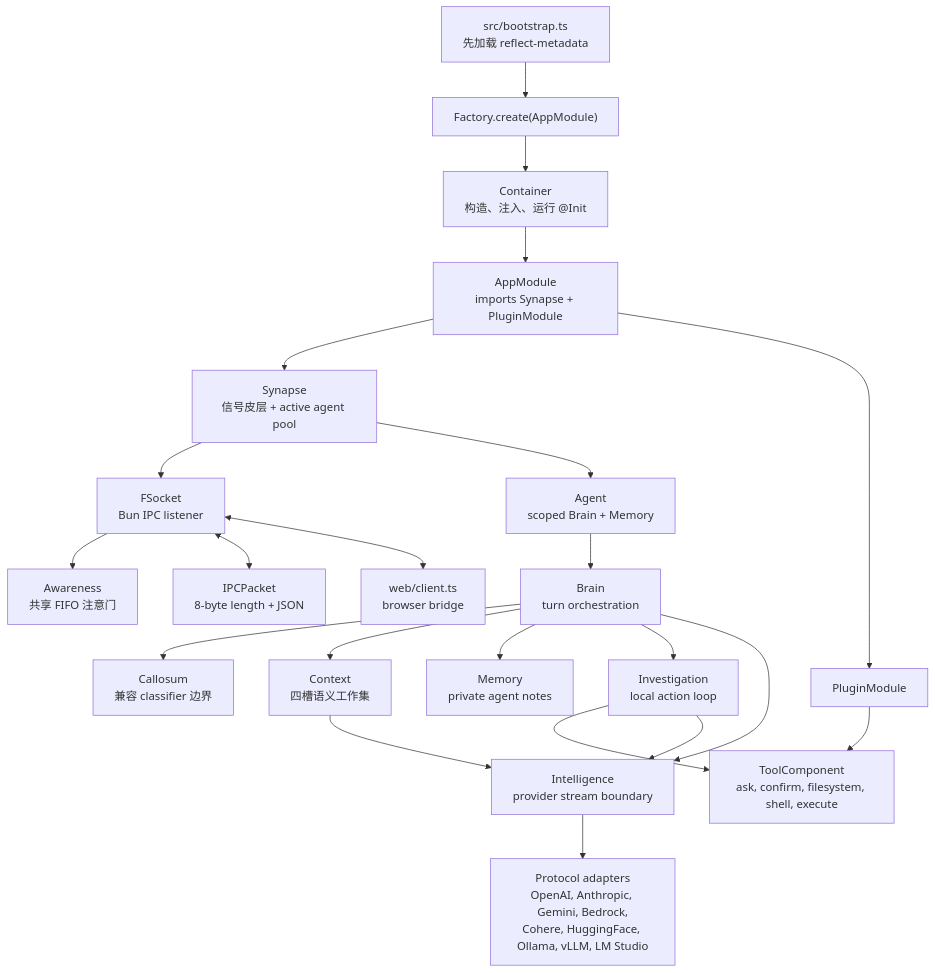
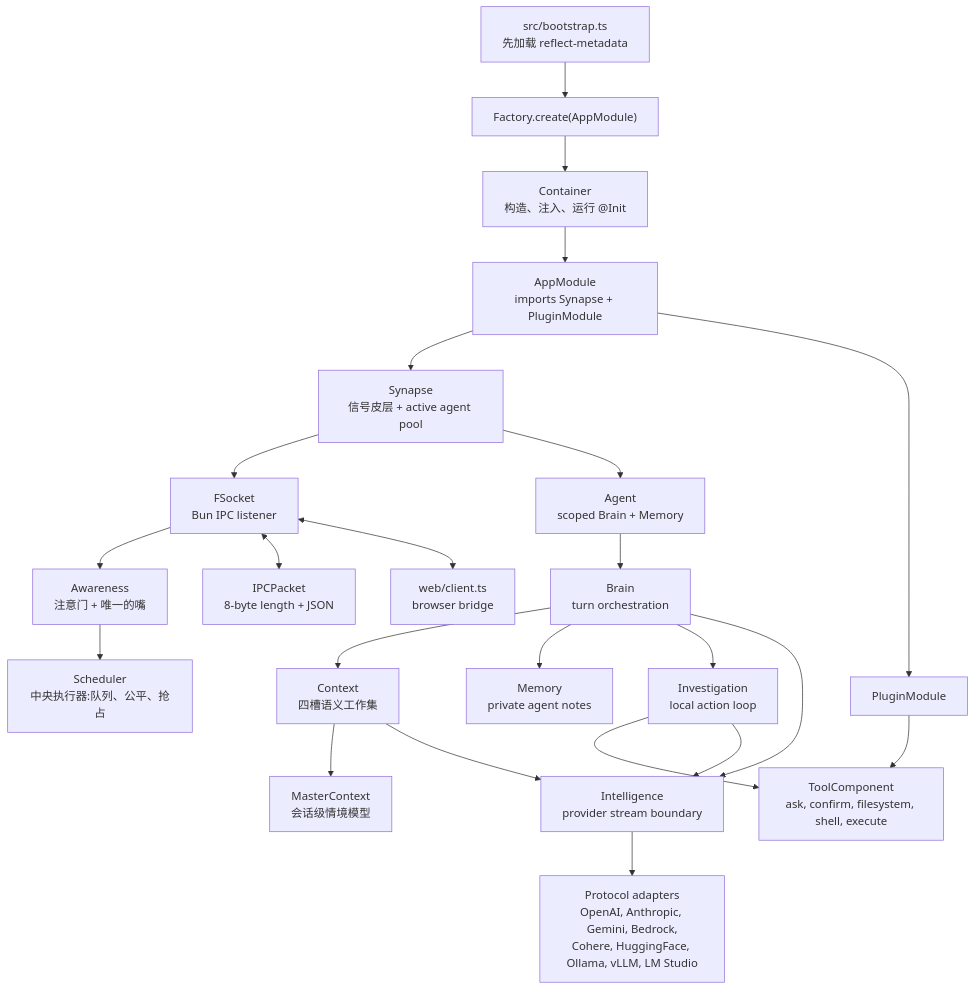
Before and after one commit to flyflor/flyflor: the first of 3 diagrams in README.zh.cn.md, drawn with Mermaid. The commit also changed other lines of this file and 34 other files, not shown here.

First line of the commit message:
refactor: unified intent routing, central-executive scheduler, parallel coordinate, session master context

````diff
--- a/README.zh.cn.md
+++ b/README.zh.cn.md
@@ -28,27 +28,28 @@
 ```mermaid
 flowchart TB
     Bootstrap["src/bootstrap.ts<br/>先加载 reflect-metadata"] --> Factory["Factory.create(AppModule)"]
     Factory --> Container["Container<br/>构造、注入、运行 @Init"]
     Container --> AppModule["AppModule<br/>imports Synapse + PluginModule"]
 
     AppModule --> Synapse["Synapse<br/>信号皮层 + active agent pool"]
     AppModule --> PluginModule["PluginModule"]
     PluginModule --> Tools["ToolComponent<br/>ask, confirm, filesystem, shell, execute"]
 
     Synapse --> Socket["FSocket<br/>Bun IPC listener"]
-    Socket --> Awareness["Awareness<br/>共享 FIFO 注意门"]
+    Socket --> Awareness["Awareness<br/>注意门 + 唯一的嘴"]
+    Awareness --> Scheduler["Scheduler<br/>中央执行器:队列、公平、抢占"]
     Socket <--> Packet["IPCPacket<br/>8-byte length + JSON"]
     Socket <--> Client["web/client.ts<br/>browser bridge"]
 
     Synapse --> Agent["Agent<br/>scoped Brain + Memory"]
     Agent --> Brain["Brain<br/>turn orchestration"]
-    Brain --> Callosum["Callosum<br/>兼容 classifier 边界"]
     Brain --> Context["Context<br/>四槽语义工作集"]
+    Context --> MasterContext["MasterContext<br/>会话级情境模型"]
     Brain --> Memory["Memory<br/>private agent notes"]
     Brain --> Investigation["Investigation<br/>local action loop"]
     Brain --> Intelligence["Intelligence<br/>provider stream boundary"]
     Context --> Intelligence
     Investigation --> Tools
     Investigation --> Intelligence
     Intelligence --> Protocols["Protocol adapters<br/>OpenAI, Anthropic, Gemini, Bedrock,<br/>Cohere, HuggingFace, Ollama, vLLM, LM Studio"]
 ```
````
